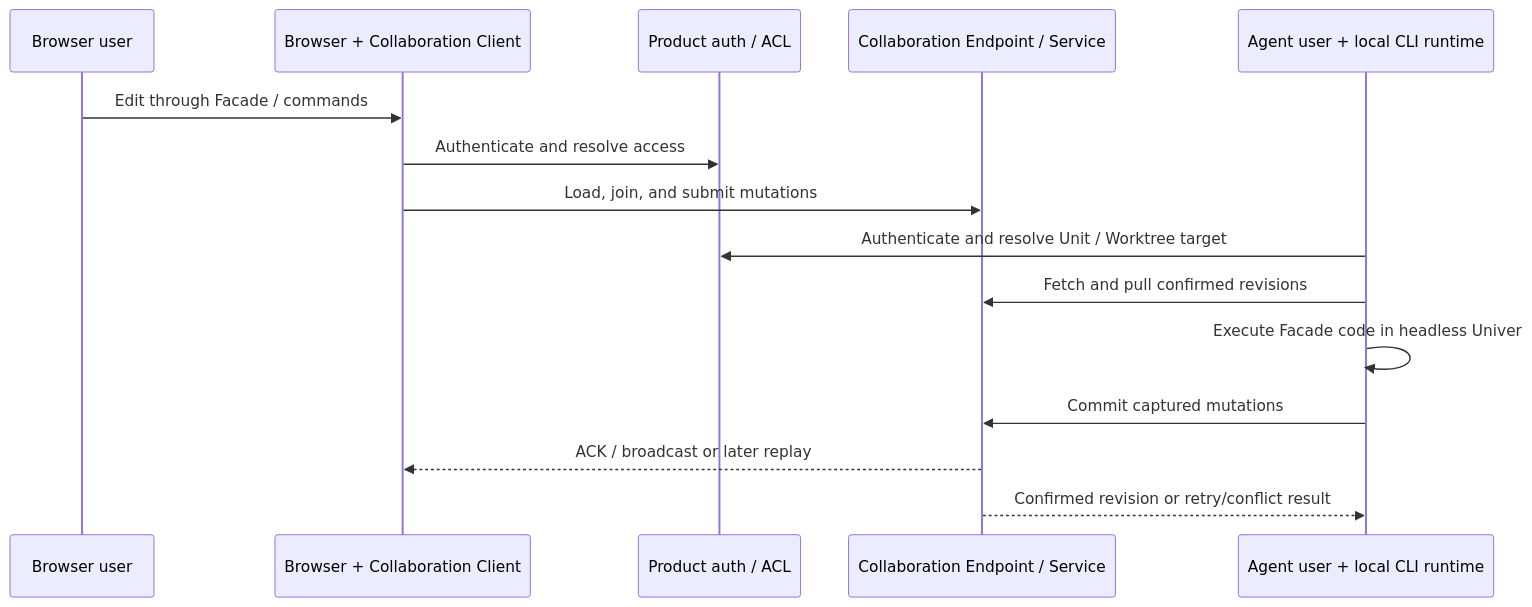
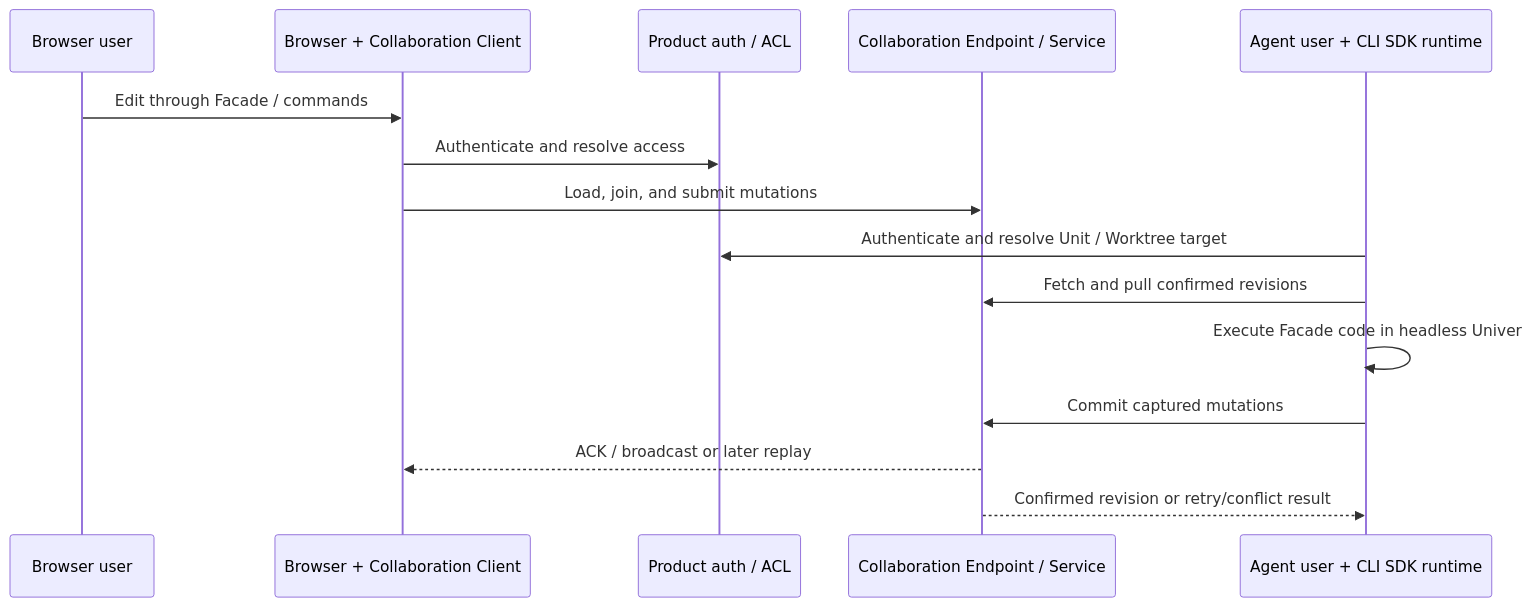
The third of 5 diagrams in docs/univer-office-suite/architecture.md (dream-num/skills), drawn with Mermaid before and after one commit. The commit also changed other lines of this file and 10 other files, not shown here.

Commit message:
docs: clarify Univer SDK architecture layers

````diff
--- a/docs/univer-office-suite/architecture.md
+++ b/docs/univer-office-suite/architecture.md
@@ -99,18 +103,18 @@
 ```mermaid
 sequenceDiagram
     participant Human as Browser user
     participant Browser as Browser + Collaboration Client
     participant Product as Product auth / ACL
     participant Collab as Collaboration Endpoint / Service
-    participant Agent as Agent user + local CLI runtime
+    participant Agent as Agent user + CLI SDK runtime
 
     Human->>Browser: Edit through Facade / commands
     Browser->>Product: Authenticate and resolve access
     Browser->>Collab: Load, join, and submit mutations
     Agent->>Product: Authenticate and resolve Unit / Worktree target
     Agent->>Collab: Fetch and pull confirmed revisions
     Agent->>Agent: Execute Facade code in headless Univer
     Agent->>Collab: Commit captured mutations
     Collab-->>Browser: ACK / broadcast or later replay
     Collab-->>Agent: Confirmed revision or retry/conflict result
 ```
````
